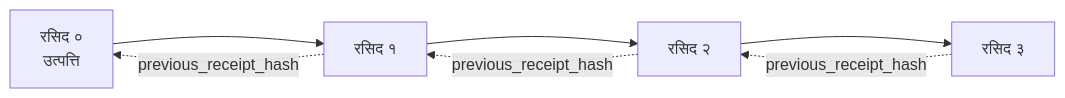
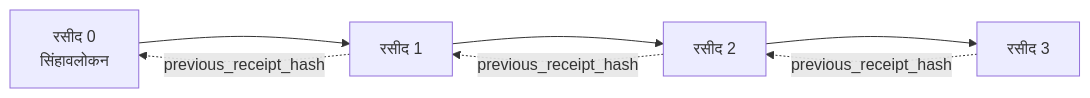
One commit to gabrielmoreira/agent-skills-mirror changed the second of 2 diagrams in mirrors/repos/microsoft@ai-agents-for-beginners/translations/ne/18-securing-ai-agents/README.md. Above: the diagram before and after it, drawn with Mermaid. The commit also changed other lines of this file and 4262 other files, not shown here.

````diff
--- a/mirrors/repos/microsoft@ai-agents-for-beginners/translations/ne/18-securing-ai-agents/README.md
+++ b/mirrors/repos/microsoft@ai-agents-for-beginners/translations/ne/18-securing-ai-agents/README.md
@@ -206,9 +203,9 @@
 ```mermaid
 flowchart LR
-    R0[रसिद ०<br/>उत्पत्ति] --> R1[रसिद १]
-    R1 --> R2[रसिद २]
-    R2 --> R3[रसिद ३]
+    R0[रसीद 0<br/>सिंहावलोकन] --> R1[रसीद 1]
+    R1 --> R2[रसीद 2]
+    R2 --> R3[रसीद 3]
     R1 -. previous_receipt_hash .-> R0
     R2 -. previous_receipt_hash .-> R1
     R3 -. previous_receipt_hash .-> R2
 ```
````
